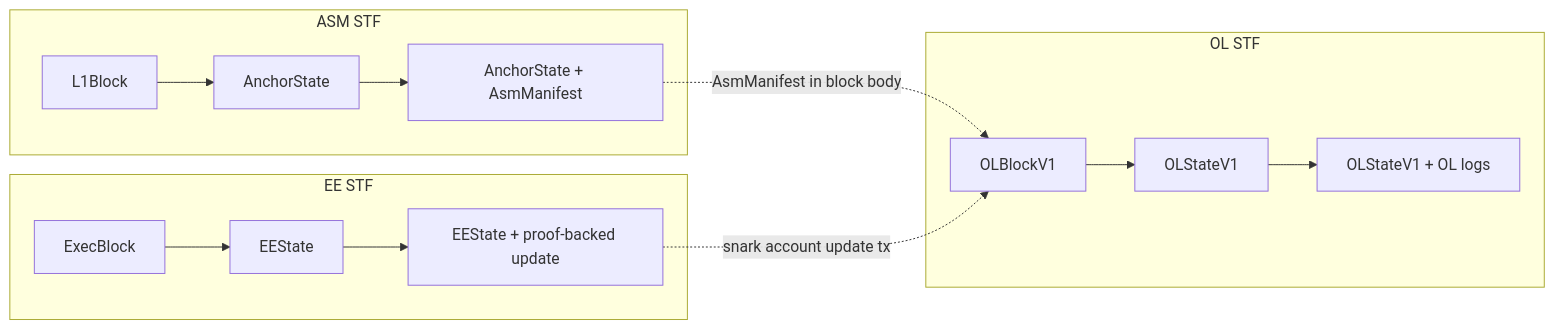
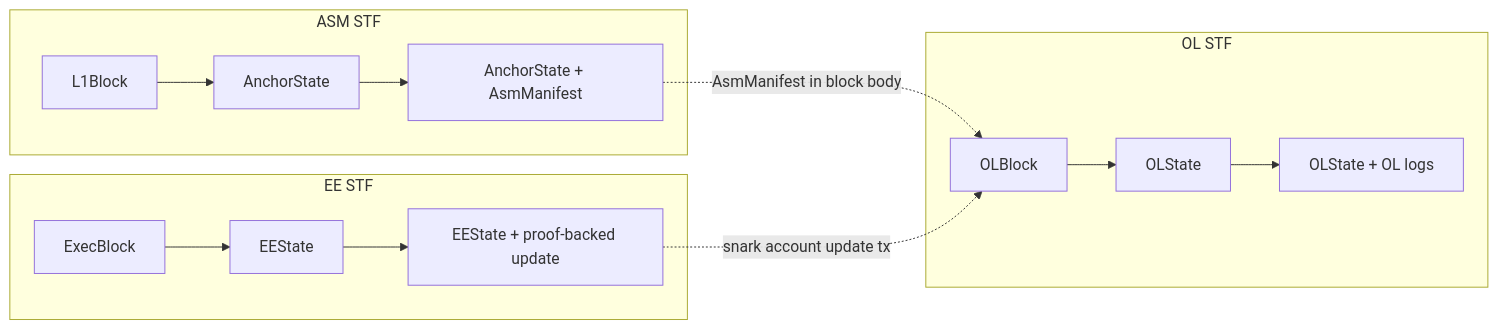
Before and after one commit to alpenlabs/alpen: the diagram in docs/architecture.md, drawn with Mermaid. The commit also changed other lines of this file, not shown here.

````diff
--- a/docs/architecture.md
+++ b/docs/architecture.md
@@ -14,32 +14,32 @@
 ```mermaid
 flowchart LR
     subgraph ASM[ASM STF]
         AnchorState[AnchorState]
         L1Block[L1Block]
         AsmOut[AnchorState + AsmManifest]
     end
 
     subgraph OL[OL STF]
-        OLState[OLStateV1]
-        OLBlock[OLBlockV1]
-        OLOut[OLStateV1 + OL logs]
+        OLState[OLState]
+        OLBlock[OLBlock]
+        OLOut[OLState + OL logs]
     end
 
     subgraph EE[EE STF]
         EEState[EEState]
         ExecBlock[ExecBlock]
         EEOut[EEState + proof-backed update]
     end
 
     L1Block --> AnchorState
     AnchorState --> AsmOut
 
     OLBlock --> OLState
     OLState --> OLOut
 
     ExecBlock --> EEState
     EEState --> EEOut
 
     AsmOut -.->|AsmManifest in block body| OLBlock
     EEOut -.->|snark account update tx| OLBlock
 ```
````
